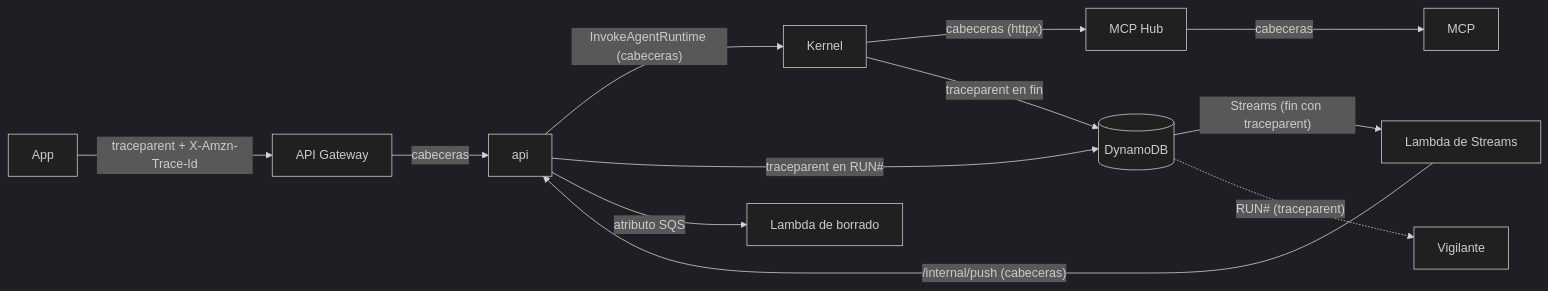
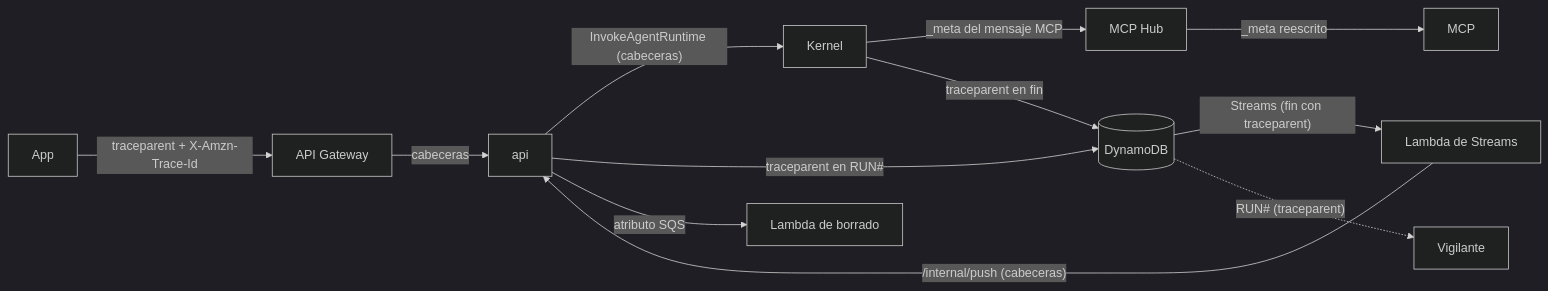
Before and after one commit to ikermendi/sample-agent-platform-with-agentcore: the tenth of 10 diagrams in docs/arquitectura-agentes.md, drawn with Mermaid (dark theme). The commit also changed other lines of this file and 2 other files, not shown here.

Commit message:
docs: trazas verificadas con la sonda 14: dos cabeceras desde la app, xray último propagador en api, trazado del runtime de AgentCore, tramos del kernel en su grupo de logs, contexto MCP en _meta

````diff
--- a/docs/arquitectura-agentes.md
+++ b/docs/arquitectura-agentes.md
@@ -1272,13 +1275,13 @@
 ```mermaid
 flowchart LR
   App -- "traceparent + X-Amzn-Trace-Id" --> GW[API Gateway]
   GW -- cabeceras --> API[api]
   API -- "InvokeAgentRuntime (cabeceras)" --> K[Kernel]
-  K -- "cabeceras (httpx)" --> H[MCP Hub] -- cabeceras --> M[MCP]
+  K -- "_meta del mensaje MCP" --> H[MCP Hub] -- "_meta reescrito" --> M[MCP]
   API -- "traceparent en RUN#" --> D[(DynamoDB)]
   K -- "traceparent en fin" --> D
   D -- "Streams (fin con traceparent)" --> S[Lambda de Streams]
   S -- "/internal/push (cabeceras)" --> API
   D -. "RUN# (traceparent)" .-> V[Vigilante]
   API -- "atributo SQS" --> B[Lambda de borrado]
 ```
````
